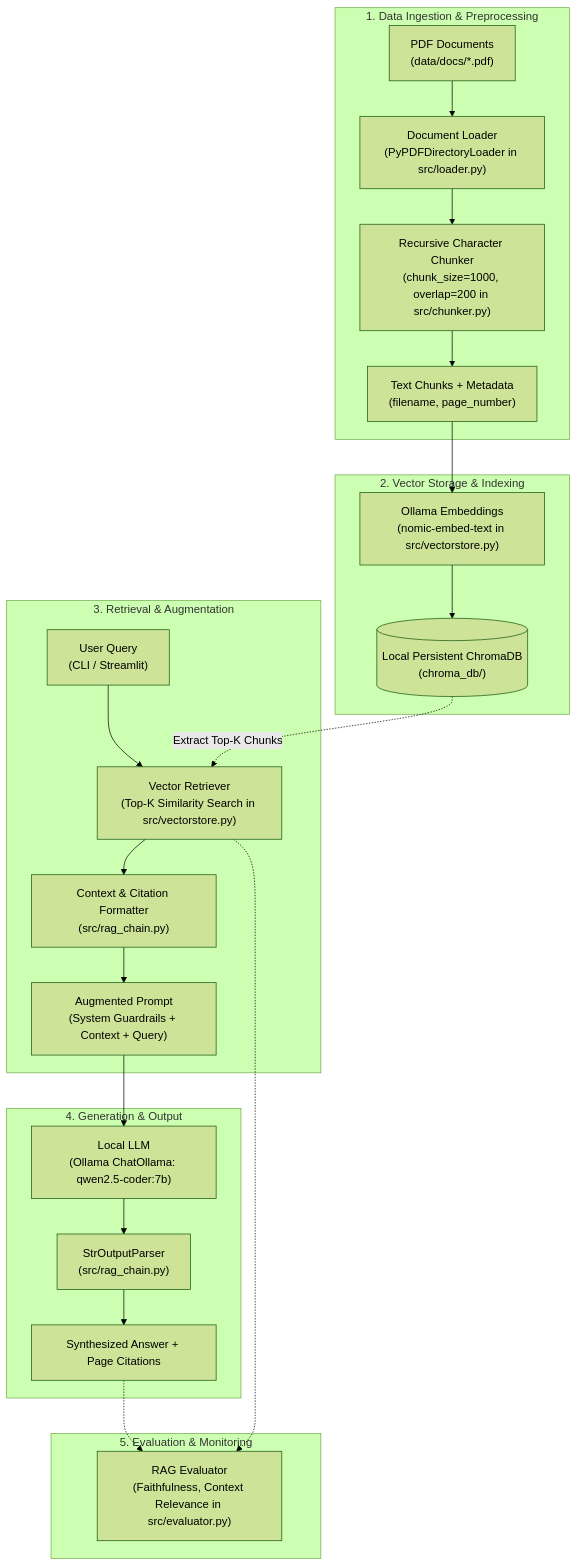
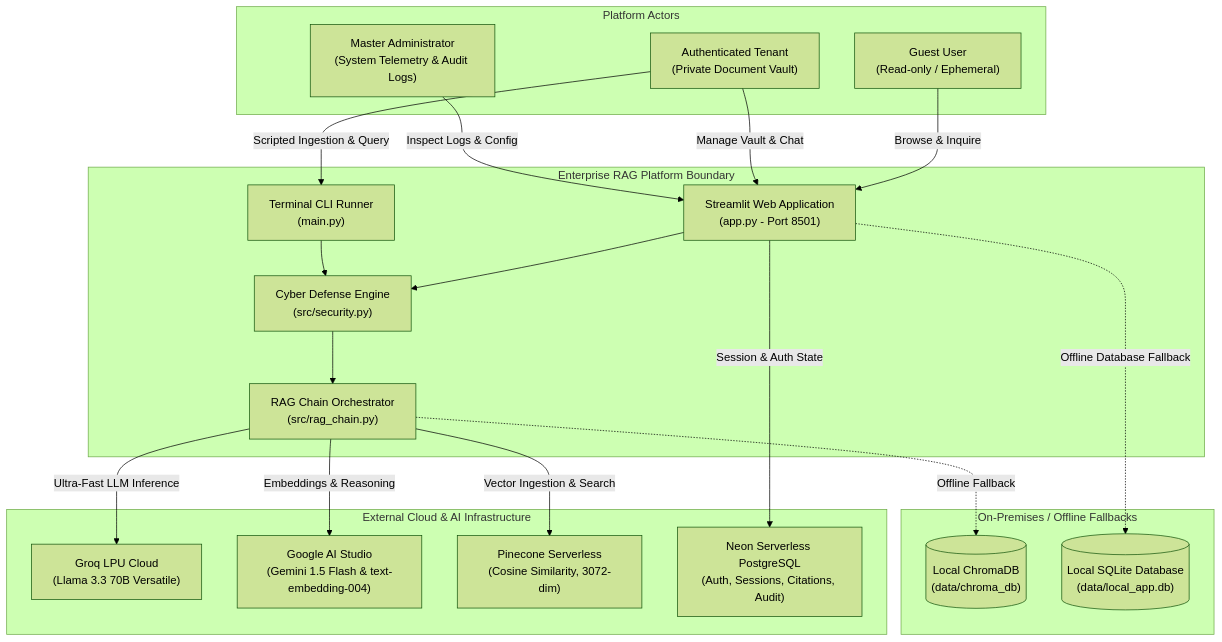
The first of 7 diagrams in architecture.md (00divyanshu/RAG-Pipeline-), drawn with Mermaid (forest theme) before and after one commit. The commit also changed other lines of this file and 7 other files, not shown here.

Commit message:
docs: modernize README and brain, author advanced architecture specification, cleanup unused files and modernize CLI

````diff
--- a/architecture.md
+++ b/architecture.md
@@ -11,31 +26,44 @@
 ```mermaid
 flowchart TD
-    subgraph DataLayer["1. Data Ingestion & Preprocessing"]
-        PDF["PDF Documents\n(data/docs/*.pdf)"] --> Loader["Document Loader\n(PyPDFDirectoryLoader in src/loader.py)"]
-        Loader --> Splitter["Recursive Character Chunker\n(chunk_size=1000, overlap=200 in src/chunker.py)"]
-        Splitter --> Chunks["Text Chunks + Metadata\n(filename, page_number)"]
+    subgraph Users["Platform Actors"]
+        Guest["Guest User\n(Read-only / Ephemeral)"]
+        Member["Authenticated Tenant\n(Private Document Vault)"]
+        Admin["Master Administrator\n(System Telemetry & Audit Logs)"]
     end
 
-    subgraph StorageLayer["2. Vector Storage & Indexing"]
-        Chunks --> Embedder["Ollama Embeddings\n(nomic-embed-text in src/vectorstore.py)"]
-        Embedder --> ChromaDB[("Local Persistent ChromaDB\n(chroma_db/)")]
+    subgraph Platform["Enterprise RAG Platform Boundary"]
+        App["Streamlit Web Application\n(app.py - Port 8501)"]
+        CLI["Terminal CLI Runner\n(main.py)"]
+        SecGuard["Cyber Defense Engine\n(src/security.py)"]
+        Orchestrator["RAG Chain Orchestrator\n(src/rag_chain.py)"]
     end
 
-    subgraph RetrievalLayer["3. Retrieval & Augmentation"]
-        UserQuery["User Query\n(CLI / Streamlit)"] --> Retriever["Vector Retriever\n(Top-K Similarity Search in src/vectorstore.py)"]
-        ChromaDB -.->|Extract Top-K Chunks| Retriever
-        Retriever --> Formatter["Context & Citation Formatter\n(src/rag_chain.py)"]
-        Formatter --> AugmentedPrompt["Augmented Prompt\n(System Guardrails + Context + Query)"]
+    subgraph CloudServices["External Cloud & AI Infrastructure"]
+        GroqCloud["Groq LPU Cloud\n(Llama 3.3 70B Versatile)"]
+        GeminiCloud["Google AI Studio\n(Gemini 1.5 Flash & text-embedding-004)"]
+        PineconeCloud["Pinecone Serverless\n(Cosine Similarity, 3072-dim)"]
+        NeonDB["Neon Serverless PostgreSQL\n(Auth, Sessions, Citations, Audit)"]
     end
 
-    subgraph GenerationLayer["4. Generation & Output"]
-        AugmentedPrompt --> LLM["Local LLM\n(Ollama ChatOllama: qwen2.5-coder:7b)"]
-        LLM --> Parser["StrOutputParser\n(src/rag_chain.py)"]
-        Parser --> FinalAnswer["Synthesized Answer + Page Citations"]
+    subgraph LocalFallbacks["On-Premises / Offline Fallbacks"]
+        ChromaLocal[("Local ChromaDB\n(data/chroma_db)")]
+        SQLiteLocal[("Local SQLite Database\n(data/local_app.db)")]
     end
 
-    subgraph EvalLayer["5. Evaluation & Monitoring"]
-        FinalAnswer -.-> Evaluator["RAG Evaluator\n(Faithfulness, Context Relevance in src/evaluator.py)"]
-        Retriever -.-> Evaluator
-    end
+    Guest -->|Browse & Inquire| App
+    Member -->|Manage Vault & Chat| App
+    Admin -->|Inspect Logs & Config| App
+    Member -->|Scripted Ingestion & Query| CLI
+
+    App --> SecGuard
+    CLI --> SecGuard
+    SecGuard --> Orchestrator
+
+    Orchestrator -->|Vector Ingestion & Search| PineconeCloud
+    Orchestrator -.->|Offline Fallback| ChromaLocal
+    Orchestrator -->|Ultra-Fast LLM Inference| GroqCloud
+    Orchestrator -->|Embeddings & Reasoning| GeminiCloud
+
+    App -->|Session & Auth State| NeonDB
+    App -.->|Offline Database Fallback| SQLiteLocal
 ```
````
